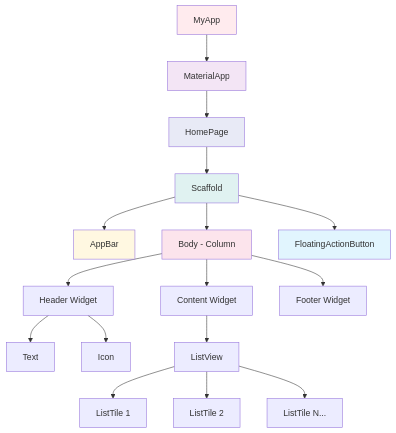
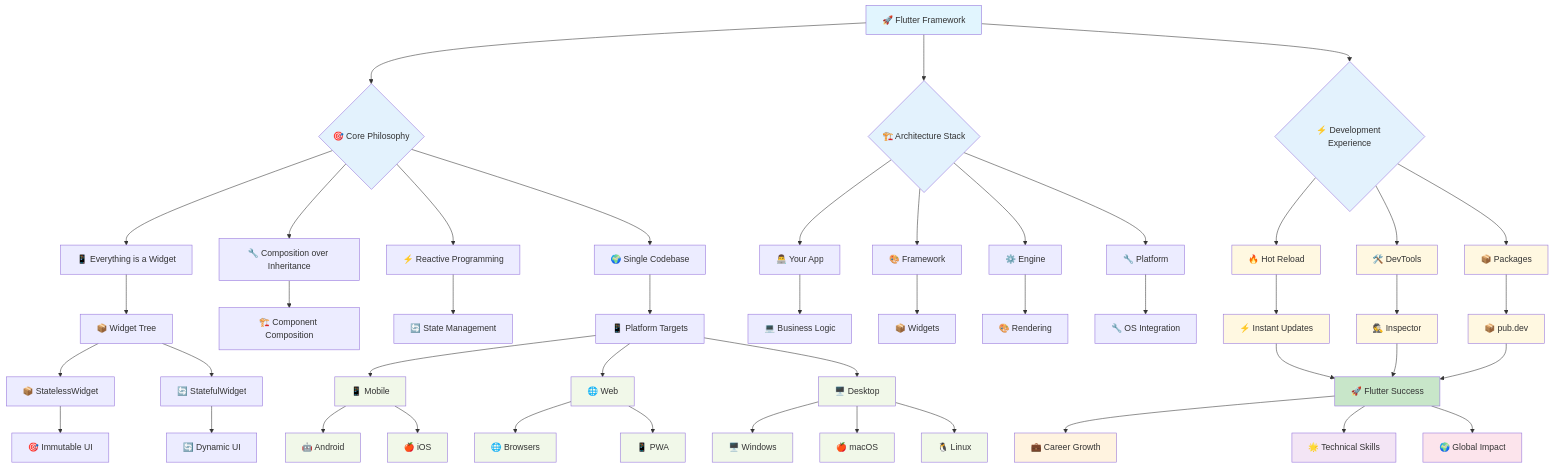
Before and after one commit to vorrawut/FlutterStarter: the diagram in class/modules/lesson_01/diagram.md, drawn with Mermaid. The commit also changed other lines of this file and 10 other files, not shown here.

````diff
--- a/class/modules/lesson_01/diagram.md
+++ b/class/modules/lesson_01/diagram.md
@@ -249,30 +5,80 @@
 ```mermaid
-graph TD
-    A[MyApp] --> B[MaterialApp]
-    B --> C[HomePage]
-    C --> D[Scaffold]
+flowchart TD
+    A[🚀 Flutter Framework] --> B{🎯 Core Philosophy}
     
-    D --> E[AppBar]
-    D --> F[Body - Column]
-    D --> G[FloatingActionButton]
+    B --> C[📱 Everything is a Widget]
+    B --> D[🔧 Composition over Inheritance]
+    B --> E[⚡ Reactive Programming]
+    B --> F[🌍 Single Codebase]
     
-    F --> H[Header Widget]
-    F --> I[Content Widget]
-    F --> J[Footer Widget]
+    C --> G[📦 Widget Tree]
+    D --> H[🏗️ Component Composition]
+    E --> I[🔄 State Management]
+    F --> J[📱 Platform Targets]
     
-    H --> K[Text]
-    H --> L[Icon]
+    G --> K[📦 StatelessWidget]
+    G --> L[🔄 StatefulWidget]
     
-    I --> M[ListView]
-    M --> N[ListTile 1]
-    M --> O[ListTile 2]
-    M --> P[ListTile N...]
+    K --> M[🎯 Immutable UI]
+    L --> N[🔄 Dynamic UI]
     
-    style A fill:#ffebee
-    style B fill:#f3e5f5
-    style C fill:#e8eaf6
-    style D fill:#e0f2f1
-    style E fill:#fff8e1
-    style F fill:#fce4ec
-    style G fill:#e1f5fe
+    J --> O[📱 Mobile]
+    J --> P[🌐 Web]
+    J --> Q[🖥️ Desktop]
+    
+    O --> R[🤖 Android]
+    O --> S[🍎 iOS]
+    
+    P --> T[🌐 Browsers]
+    P --> U[📱 PWA]
+    
+    Q --> V[🖥️ Windows]
+    Q --> W[🍎 macOS]
+    Q --> X[🐧 Linux]
+    
+    A --> Y{🏗️ Architecture Stack}
+    
+    Y --> Z[👨‍💻 Your App]
+    Y --> AA[🎨 Framework]
+    Y --> BB[⚙️ Engine]
+    Y --> CC[🔧 Platform]
+    
+    Z --> DD[💻 Business Logic]
+    AA --> EE[📦 Widgets]
+    BB --> FF[🎨 Rendering]
+    CC --> GG[🔧 OS Integration]
+    
+    A --> HH{⚡ Development Experience}
+    
+    HH --> II[🔥 Hot Reload]
+    HH --> JJ[🛠️ DevTools]
+    HH --> KK[📦 Packages]
+    
+    II --> LL[⚡ Instant Updates]
+    JJ --> MM[🕵️ Inspector]
+    KK --> NN[📦 pub.dev]
+    
+    LL --> OO[🚀 Flutter Success]
+    MM --> OO
+    NN --> OO
+    
+    OO --> PP[💼 Career Growth]
+    OO --> QQ[🌟 Technical Skills]
+    OO --> RR[🌍 Global Impact]
+    
+    style A fill:#e1f5fe
+    style OO fill:#c8e6c9
+    style PP fill:#fff3e0
+    style QQ fill:#f3e5f5
+    style RR fill:#fce4ec
+    
+    classDef core fill:#e3f2fd
+    classDef platform fill:#f1f8e9
+    classDef development fill:#fff8e1
+    classDef success fill:#e8f5e8
+    
+    class A,B,Y,HH core
+    class O,P,Q,R,S,T,U,V,W,X platform
+    class II,JJ,KK,LL,MM,NN development
+    class OO,PP,QQ,RR success
 ```
````
